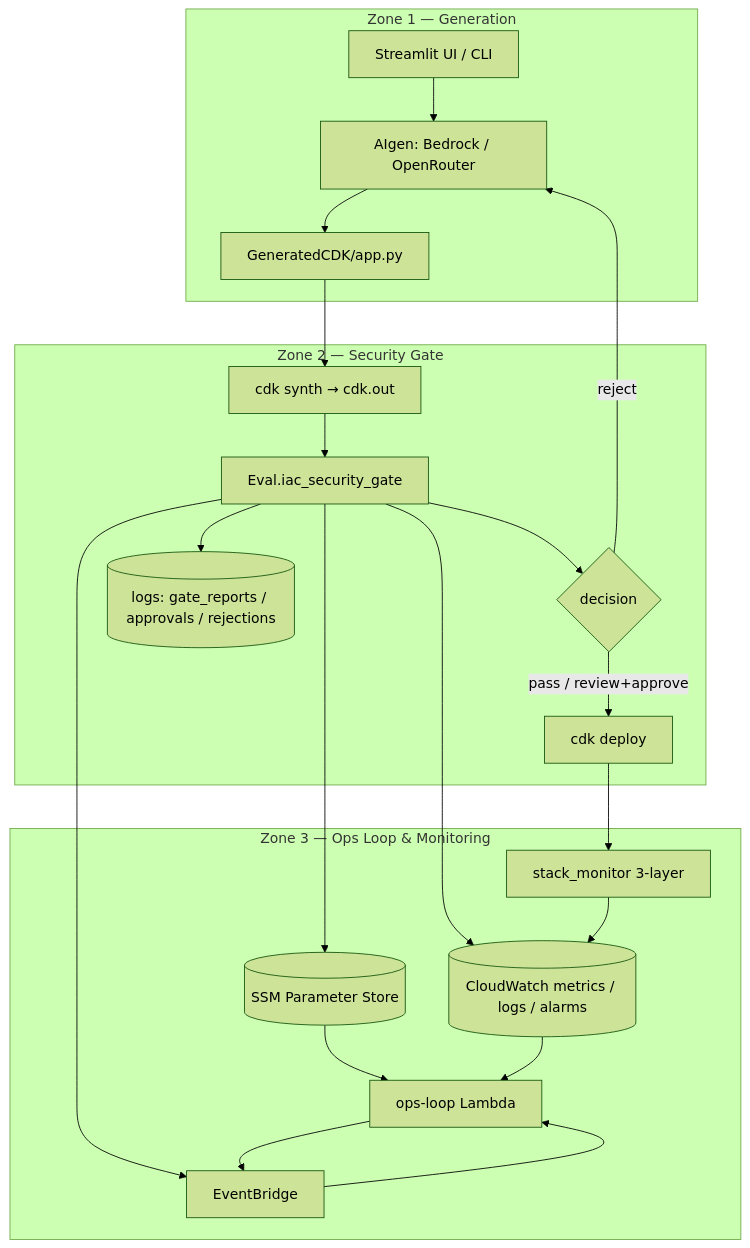
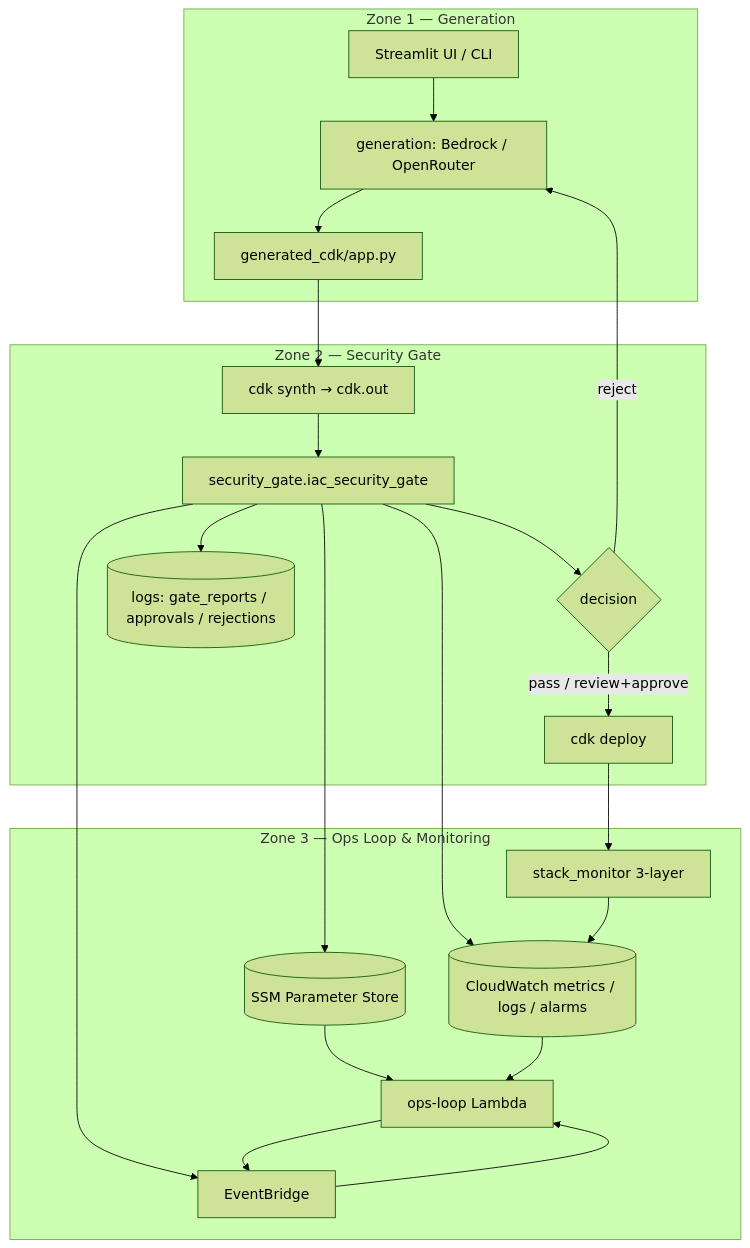
Before and after one commit to JAWilliam1599/Thesis: the first of 4 diagrams in THESIS_REPORT.md, drawn with Mermaid (forest theme). The commit also changed other lines of this file and 182 other files, not shown here.

````diff
--- a/THESIS_REPORT.md
+++ b/THESIS_REPORT.md
@@ -151,34 +151,34 @@
 ```mermaid
 flowchart TB
     subgraph Z1[Zone 1 — Generation]
         UI[Streamlit UI / CLI]
-        GEN[AIgen: Bedrock / OpenRouter]
-        APP[GeneratedCDK/app.py]
+        GEN[generation: Bedrock / OpenRouter]
+        APP[generated_cdk/app.py]
     end
     subgraph Z2[Zone 2 — Security Gate]
         SYNTH[cdk synth → cdk.out]
-        GATE[Eval.iac_security_gate]
+        GATE[security_gate.iac_security_gate]
         DEC{decision}
         DEPLOY[cdk deploy]
         AUDIT[(logs: gate_reports / approvals / rejections)]
     end
     subgraph Z3[Zone 3 — Ops Loop & Monitoring]
         SSM[(SSM Parameter Store)]
         EB[EventBridge]
         CW[(CloudWatch metrics / logs / alarms)]
         SM[stack_monitor 3-layer]
         LH[ops-loop Lambda]
     end
 
     UI --> GEN --> APP --> SYNTH --> GATE --> DEC
     DEC -- reject --> GEN
     DEC -- pass / review+approve --> DEPLOY
     GATE --> AUDIT
     GATE --> SSM
     GATE --> EB
     GATE --> CW
     DEPLOY --> SM --> CW
     EB --> LH --> EB
     SSM --> LH
     CW --> LH
 ```
````
